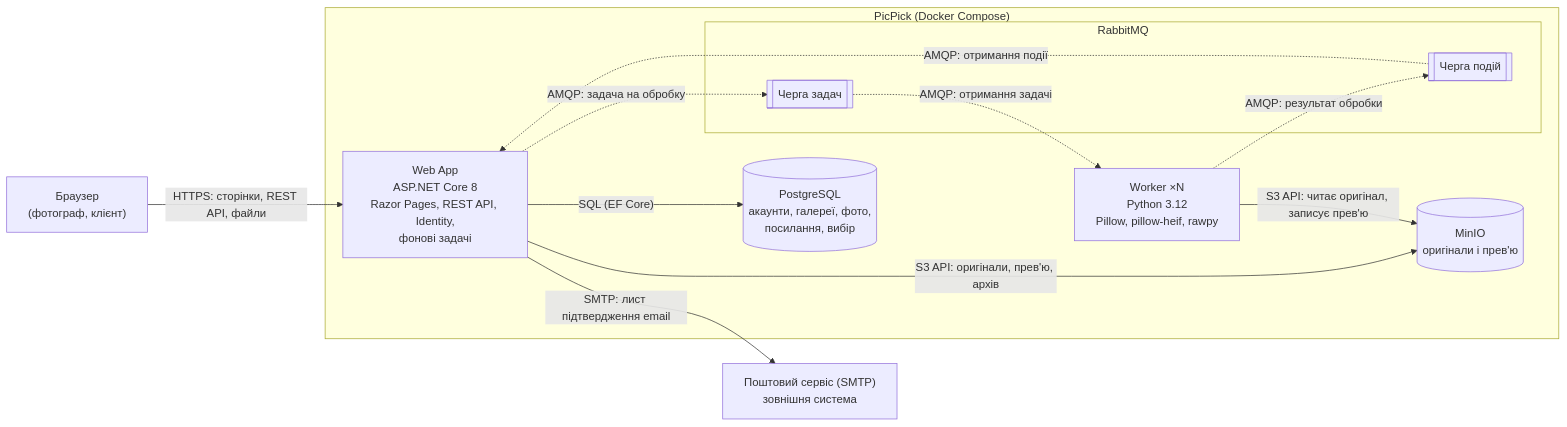
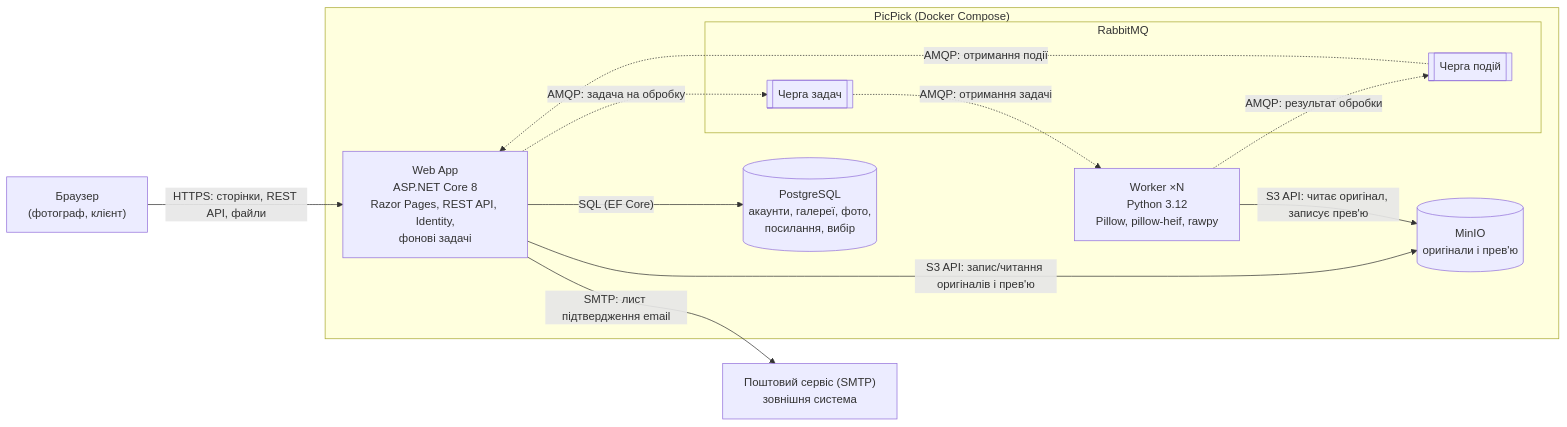
One commit to alonasaienko/picpick changed the diagram in docs/03-srs/high-level-architecture.md. Above: the diagram before and after it, drawn with Mermaid.

Commit message:
docs(srs): fix Web App to MinIO edge label

````diff
--- a/docs/03-srs/high-level-architecture.md
+++ b/docs/03-srs/high-level-architecture.md
@@ -9,26 +9,26 @@
 ```mermaid
 flowchart LR
     browser["Браузер<br/>(фотограф, клієнт)"]
     smtp["Поштовий сервіс (SMTP)<br/>зовнішня система"]
 
     subgraph picpick["PicPick (Docker Compose)"]
         webapp["Web App<br/>ASP.NET Core 8<br/>Razor Pages, REST API, Identity,<br/>фонові задачі"]
         subgraph rabbitmq["RabbitMQ"]
             tasks[["Черга задач"]]
             events[["Черга подій"]]
         end
         worker["Worker ×N<br/>Python 3.12<br/>Pillow, pillow-heif, rawpy"]
         postgres[("PostgreSQL<br/>акаунти, галереї, фото,<br/>посилання, вибір")]
         minio[("MinIO<br/>оригінали і прев'ю")]
     end
 
     browser -- "HTTPS: сторінки, REST API, файли" --> webapp
     webapp -- "SQL (EF Core)" --> postgres
-    webapp -- "S3 API: оригінали, прев'ю, архів" --> minio
+    webapp -- "S3 API: запис/читання оригіналів і прев'ю" --> minio
     webapp -. "AMQP: задача на обробку" .-> tasks
     tasks -. "AMQP: отримання задачі" .-> worker
     worker -- "S3 API: читає оригінал, записує прев'ю" --> minio
     worker -. "AMQP: результат обробки" .-> events
     events -. "AMQP: отримання події" .-> webapp
     webapp -- "SMTP: лист підтвердження email" --> smtp
 ```
````
